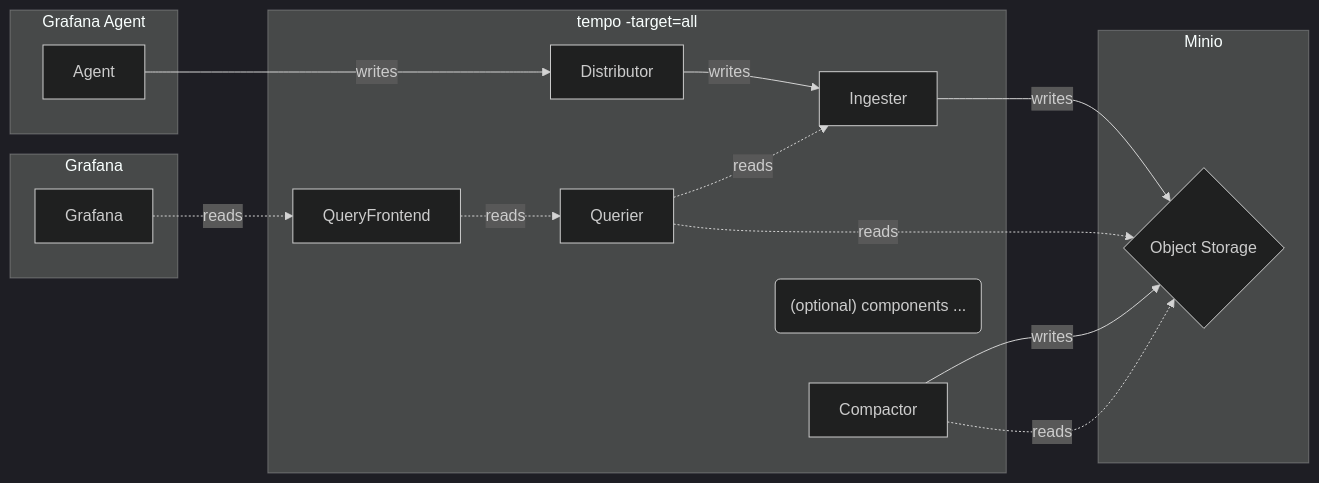
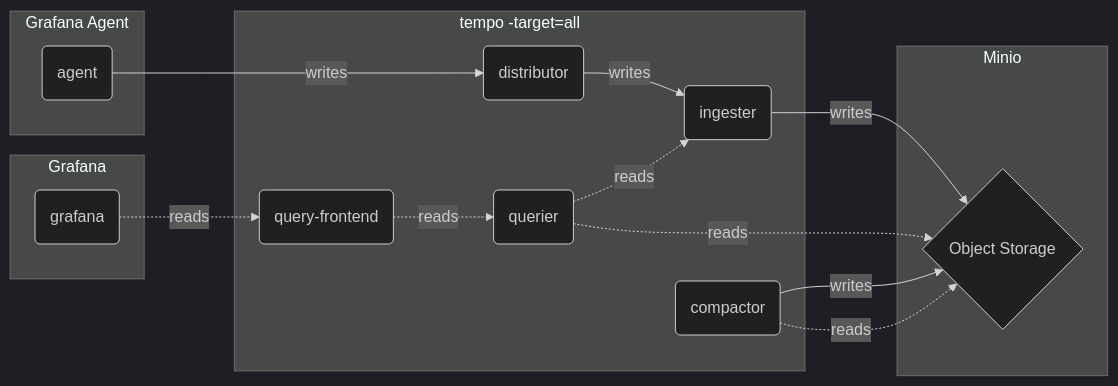
One commit to qclaogui/codelab-monitoring changed the first of 2 diagrams in docker-compose/monolithic-mode/traces/README.md. Above: the diagram before and after it, drawn with Mermaid (dark theme). The commit also changed other lines of this file and 5 other files, not shown here.

Commit message:
Flowchart code clean

````diff
--- a/docker-compose/monolithic-mode/traces/README.md
+++ b/docker-compose/monolithic-mode/traces/README.md
@@ -7,28 +7,28 @@
 ```mermaid
 flowchart LR
-    Agent   --->|writes| Distributor    -->|writes| Ingester -->|writes| ObjectStorage
-    Grafana -.->|reads | QueryFrontend -.->|reads | Querier -.->|reads | ObjectStorage
+    A --->|writes| D  -->|writes| I -->|writes| M
+    G -.->|reads | QF -.->|reads| Q -.->|reads| M
 
     subgraph Minio
-        ObjectStorage{"Object Storage"}
+        M{"Object Storage"}
     end
-
-    subgraph GrafanaAgent["Grafana Agent"]
-        Agent
+    subgraph Agent["Grafana Agent"]
+        A("agent")
     end
-
-    subgraph GFGraph["Grafana"]
-        Grafana
+    subgraph Grafana
+        G("grafana")
     end
 
     subgraph Tempo["tempo -target=all"]
-        Distributor
-        Querier -.->|reads| Ingester
-        QueryFrontend
+        D("distributor")
+        I("ingester")
 
-        Compactor --> |writes| ObjectStorage
-        Compactor -.->|reads | ObjectStorage
+        Q("querier") -.->|reads| I
 
-        Optional("(optional) components ...")
+        QF("query-frontend")
+        C("compactor")
+
+        C  -->|writes| M
+        C -.->|reads | M
     end
 ```
````
